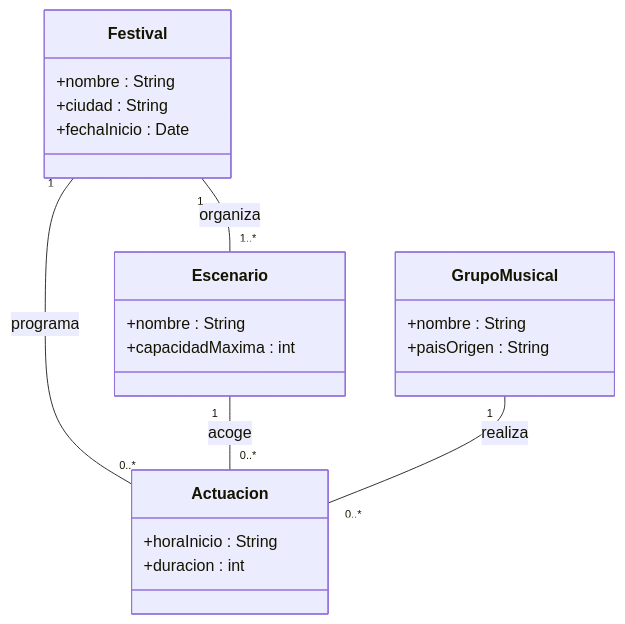
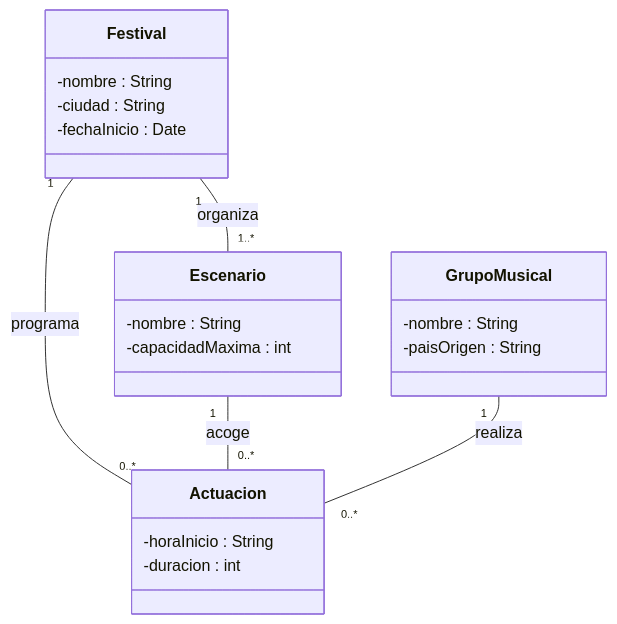
One commit to yurigo/POO-GES-2627 changed the third of 5 diagrams in sessions/session-09/UML.md. Above: the diagram before and after it, drawn with Mermaid. The commit also changed other lines of this file, not shown here.

````diff
--- a/sessions/session-09/UML.md
+++ b/sessions/session-09/UML.md
@@ -56,28 +56,28 @@
 ```mermaid
 classDiagram
     class Festival {
-        +nombre : String
-        +ciudad : String
-        +fechaInicio : Date
+        -nombre : String
+        -ciudad : String
+        -fechaInicio : Date
     }
 
     class Escenario {
-        +nombre : String
-        +capacidadMaxima : int
+        -nombre : String
+        -capacidadMaxima : int
     }
 
     class GrupoMusical {
-        +nombre : String
-        +paisOrigen : String
+        -nombre : String
+        -paisOrigen : String
     }
 
     class Actuacion {
-        +horaInicio : String
-        +duracion : int
+        -horaInicio : String
+        -duracion : int
     }
 
     Festival "1" -- "1..*" Escenario : organiza
     Festival "1" -- "0..*" Actuacion : programa
     Escenario "1" -- "0..*" Actuacion : acoge
     GrupoMusical "1" -- "0..*" Actuacion : realiza
 ```
````
